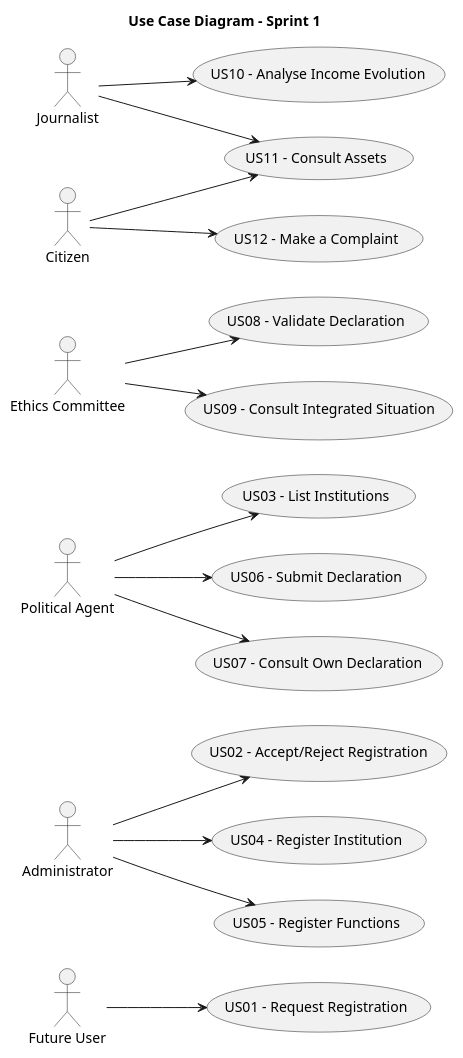
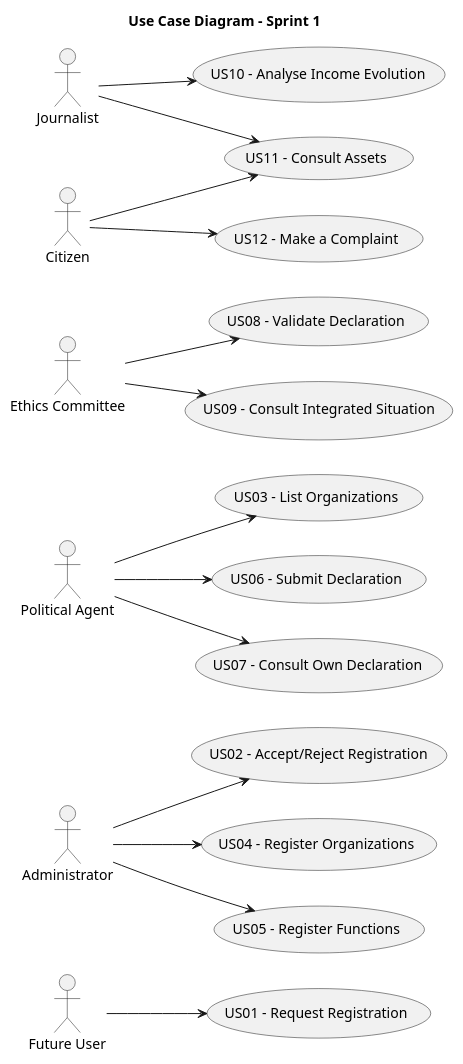
Before and after one commit to brunodspinto/crystal-clear-platform: the diagram in docs/system-documentation/global-artifacts/01.requirements-engineering/puml/UCD.puml, drawn with PlantUML. The commit also changed 23 other files, not shown here.

```diff
--- a/docs/system-documentation/global-artifacts/01.requirements-engineering/puml/UCD.puml
+++ b/docs/system-documentation/global-artifacts/01.requirements-engineering/puml/UCD.puml
@@ -1,48 +1,48 @@
 @startuml
 skinparam monochrome true
 skinparam packageStyle rectangle
 skinparam shadowing false
 
 left to right direction
 
 title Use Case Diagram - Sprint 1
 
 actor "Future User" as FutureUser
 actor "Administrator" as Admin
 actor "Political Agent" as Agent
 actor "Ethics Committee" as Ethics
 actor "Journalist" as Journalist
 actor "Citizen" as Citizen
 
 usecase "US01 - Request Registration" as US01
 usecase "US02 - Accept/Reject Registration" as US02
-usecase "US03 - List Institutions" as US03
-usecase "US04 - Register Institution" as US04
+usecase "US03 - List Organizations" as US03
+usecase "US04 - Register Organizations" as US04
 usecase "US05 - Register Functions" as US05
 usecase "US06 - Submit Declaration" as US06
 usecase "US07 - Consult Own Declaration" as US07
 usecase "US08 - Validate Declaration" as US08
 usecase "US09 - Consult Integrated Situation" as US09
 usecase "US10 - Analyse Income Evolution" as US10
 usecase "US11 - Consult Assets" as US11
 usecase "US12 - Make a Complaint" as US12
 
 FutureUser --> US01
 Admin --> US02
 Admin --> US04
 Admin --> US05
 
 Agent --> US03
 Agent --> US06
 Agent --> US07
 
 Ethics --> US08
 Ethics --> US09
 
 Journalist --> US10
 Journalist --> US11
 
 Citizen --> US11
 Citizen --> US12
 
 @enduml
```
